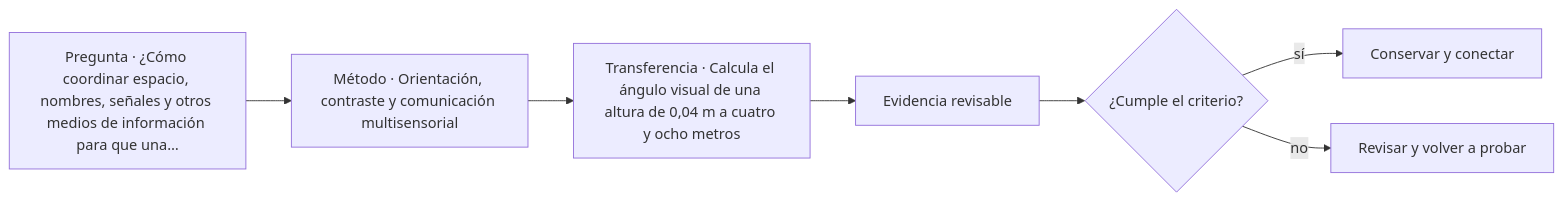
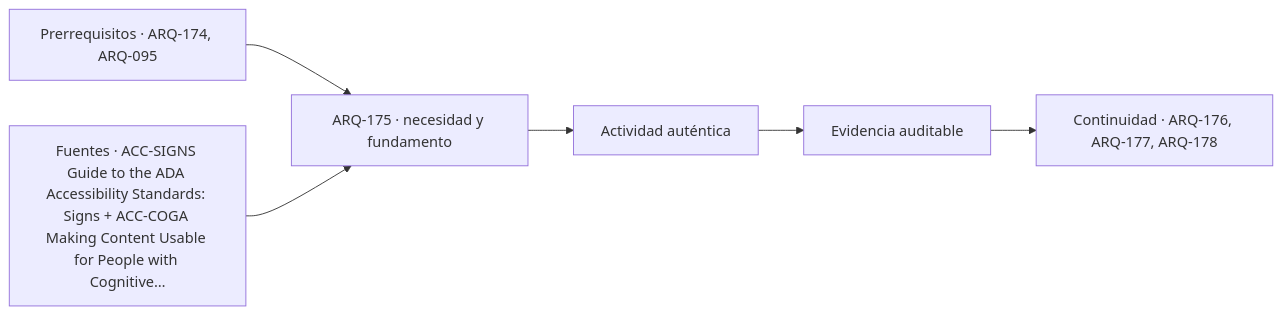
The diagram in classes/parte-18/ARQ-175.md (vladimiracunadev-create/architecture-built-environment-learning-program), drawn with Mermaid before and after one commit. The commit also changed other lines of this file and 761 other files, not shown here.

````diff
--- a/classes/parte-18/ARQ-175.md
+++ b/classes/parte-18/ARQ-175.md
@@ -114,9 +126,8 @@
 ```mermaid
 flowchart LR
-    Q["Pregunta · ¿Cómo coordinar espacio, nombres, señales y otros medios de información para que una…"] --> M["Método · Orientación, contraste y comunicación multisensorial"]
-    M --> P["Transferencia · Calcula el ángulo visual de una altura de 0,04 m a cuatro y ocho metros"]
-    P --> E["Evidencia revisable"]
-    E --> C{"¿Cumple el criterio?"}
-    C -->|sí| T["Conservar y conectar"]
-    C -->|no| R["Revisar y volver a probar"]
+    A["Prerrequisitos · ARQ-174, ARQ-095"] --> B["ARQ-175 · necesidad y fundamento"]
+    S["Fuentes · ACC-SIGNS Guide to the ADA Accessibility Standards: Signs + ACC-COGA Making Content Usable for People with Cognitive…"] --> B
+    B --> C["Actividad auténtica"]
+    C --> D["Evidencia auditable"]
+    D --> E["Continuidad · ARQ-176, ARQ-177, ARQ-178"]
 ```
````
